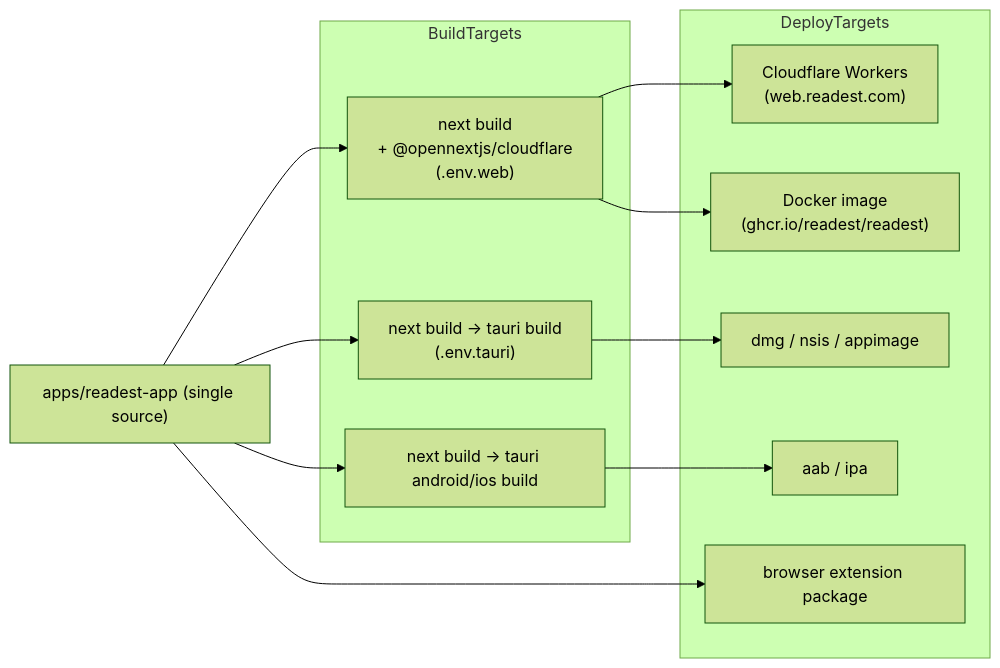
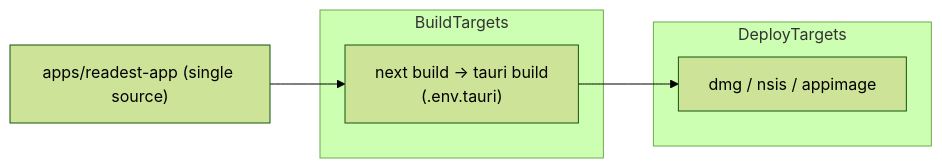
Before and after one commit to bfzds/readest-local: the fifth of 5 diagrams in apps/readest-app/docs/architecture.md, drawn with Mermaid (forest theme). The commit also changed other lines of this file and 3 other files, not shown here.

````diff
--- a/apps/readest-app/docs/architecture.md
+++ b/apps/readest-app/docs/architecture.md
@@ -530,28 +472,15 @@
 ```mermaid
 flowchart LR
     Source["apps/readest-app (single source)"]
 
     subgraph BuildTargets
-        BWeb["next build<br/>+ @opennextjs/cloudflare<br/>(.env.web)"]
         BTauriDesk["next build → tauri build<br/>(.env.tauri)"]
-        BTauriMob["next build → tauri android/ios build"]
     end
 
     subgraph DeployTargets
-        DCloudflare["Cloudflare Workers<br/>(web.readest.com)"]
-        DDocker["Docker image<br/>(ghcr.io/readest/readest)"]
         DDesktop["dmg / nsis / appimage"]
-        DMobile["aab / ipa"]
-        DExt["browser extension package"]
     end
 
-    Source --> BWeb
     Source --> BTauriDesk
-    Source --> BTauriMob
-
-    BWeb --> DCloudflare
-    BWeb --> DDocker
     BTauriDesk --> DDesktop
-    BTauriMob --> DMobile
-    Source --> DExt
 ```
````
